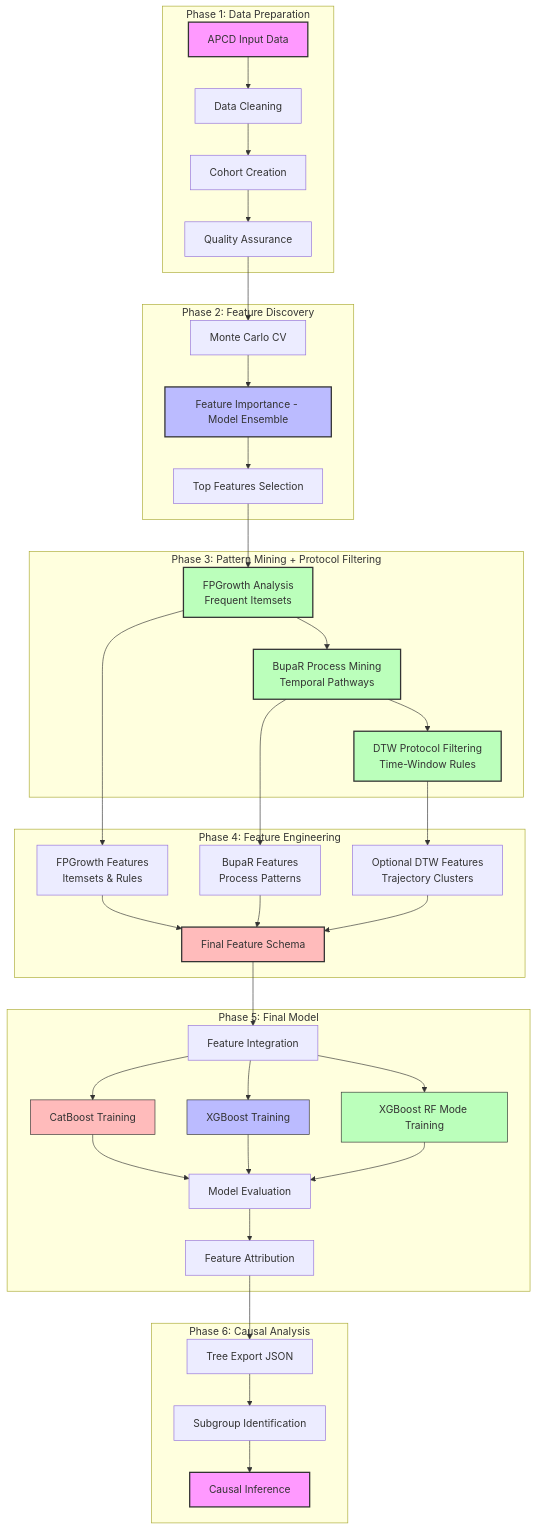
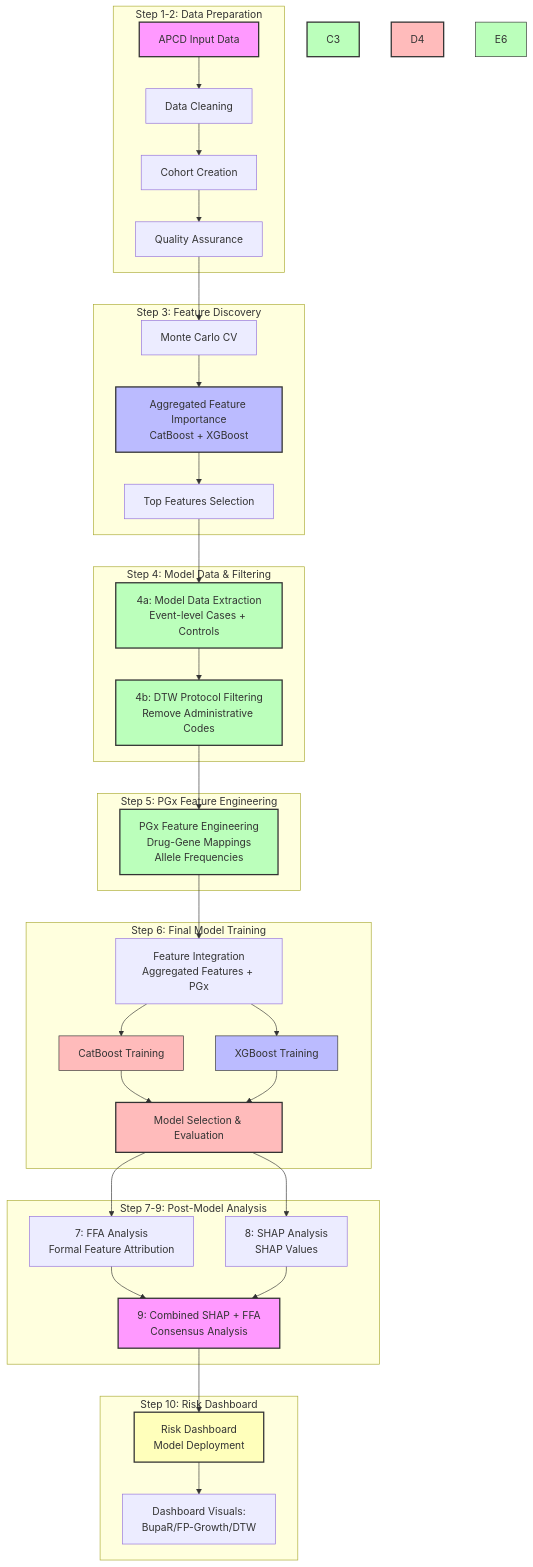
Before and after one commit to Jerome3590/pgx-analysis: the diagram in README.md, drawn with Mermaid. The commit also changed 2 other files, not shown here.

Commit message:
Update mermaid flowcharts to match final workflow structure
- Update all mermaid flowcharts to reflect Steps 1-10 workflow
- Remove references to 5a_bupaR, 5b_fpgrowth, 5d_dtw as separate workflow steps
- Show BupaR/FP-Growth/DTW as dashboard visuals in Step 10
- Update step names: 5c_pgx_analysis -> 5_pgx_analysis, 6b_final_model_selection -> 6_final_model_selection
- Update project structure diagrams to show archived folder
- Clarify workflow: aggregated features + PGx features (no encoding)

````diff
--- a/README.md
+++ b/README.md
@@ -52,58 +52,59 @@
 ```mermaid
 flowchart TD
-    subgraph "Phase 1: Data Preparation"
+    subgraph "Step 1-2: Data Preparation"
         A1[APCD Input Data] --> A2[Data Cleaning]
         A2 --> A3[Cohort Creation]
         A3 --> A4[Quality Assurance]
     end
     
-    subgraph "Phase 2: Feature Discovery"
+    subgraph "Step 3: Feature Discovery"
         A4 --> B1[Monte Carlo CV]
-        B1 --> B2[Feature Importance - Model Ensemble]
+        B1 --> B2[Aggregated Feature Importance<br/>CatBoost + XGBoost]
         B2 --> B3[Top Features Selection]
     end
     
-    subgraph "Phase 3: Pattern Mining + Protocol Filtering"
-        B3 --> C1[FPGrowth Analysis<br/>Frequent Itemsets]
-        C1 --> C2[BupaR Process Mining<br/>Temporal Pathways]
-        C2 --> C3[DTW Protocol Filtering<br/> Time-Window Rules]
+    subgraph "Step 4: Model Data & Filtering"
+        B3 --> C1[4a: Model Data Extraction<br/>Event-level Cases + Controls]
+        C1 --> C2[4b: DTW Protocol Filtering<br/>Remove Administrative Codes]
     end
     
-    subgraph "Phase 4: Feature Engineering"
-        C1 --> D1[FPGrowth Features<br/>Itemsets & Rules]
-        C2 --> D2[BupaR Features<br/>Process Patterns]
-        C3 --> D3[Optional DTW Features<br/>Trajectory Clusters]
-        D1 --> D4[Final Feature Schema]
-        D2 --> D4
-        D3 --> D4
+    subgraph "Step 5: PGx Feature Engineering"
+        C2 --> D1[PGx Feature Engineering<br/>Drug-Gene Mappings<br/>Allele Frequencies]
     end
     
-    subgraph "Phase 5: Final Model"
-        D4 --> E1[Feature Integration]
+    subgraph "Step 6: Final Model Training"
+        D1 --> E1[Feature Integration<br/>Aggregated Features + PGx]
         E1 --> E2[CatBoost Training]
         E1 --> E3[XGBoost Training]
-        E1 --> E6[XGBoost RF Mode Training]
-        E2 --> E4[Model Evaluation]
+        E2 --> E4[Model Selection & Evaluation]
         E3 --> E4
-        E6 --> E4
-        E4 --> E5[Feature Attribution]
     end
     
-    subgraph "Phase 6: Causal Analysis"
-        E5 --> F1[Tree Export JSON]
-        F1 --> F2[Subgroup Identification]
-        F2 --> F3[Causal Inference]
+    subgraph "Step 7-9: Post-Model Analysis"
+        E4 --> F1[7: FFA Analysis<br/>Formal Feature Attribution]
+        E4 --> F2[8: SHAP Analysis<br/>SHAP Values]
+        F1 --> F3[9: Combined SHAP + FFA<br/>Consensus Analysis]
+        F2 --> F3
+    end
+    
+    subgraph "Step 10: Risk Dashboard"
+        F3 --> G1[Risk Dashboard<br/>Model Deployment]
+        G1 --> G2[Dashboard Visuals:<br/>BupaR/FP-Growth/DTW]
     end
     
     style A1 fill:#f9f,stroke:#333,stroke-width:2px
     style B2 fill:#bbf,stroke:#333,stroke-width:2px
+    style D1 fill:#bfb,stroke:#333,stroke-width:2px
+    style E4 fill:#fbb,stroke:#333,stroke-width:2px
+    style F3 fill:#fbf,stroke:#333,stroke-width:2px
+    style G1 fill:#ffb,stroke:#333,stroke-width:2px
     style C1 fill:#bfb,stroke:#333,stroke-width:2px
     style C2 fill:#bfb,stroke:#333,stroke-width:2px
     style C3 fill:#bfb,stroke:#333,stroke-width:2px
     style D4 fill:#fbb,stroke:#333,stroke-width:2px
     %% Final model ensemble (distinct colors per model)
     style E2 fill:#fbb,stroke:#333,stroke-width:2px    %% CatBoost
     style E3 fill:#bbf,stroke:#333,stroke-width:2px    %% XGBoost
     style E6 fill:#bfb,stroke:#333,stroke-width:2px    %% XGBoost RF mode
     style F3 fill:#f9f,stroke:#333,stroke-width:2px
 ```
````
